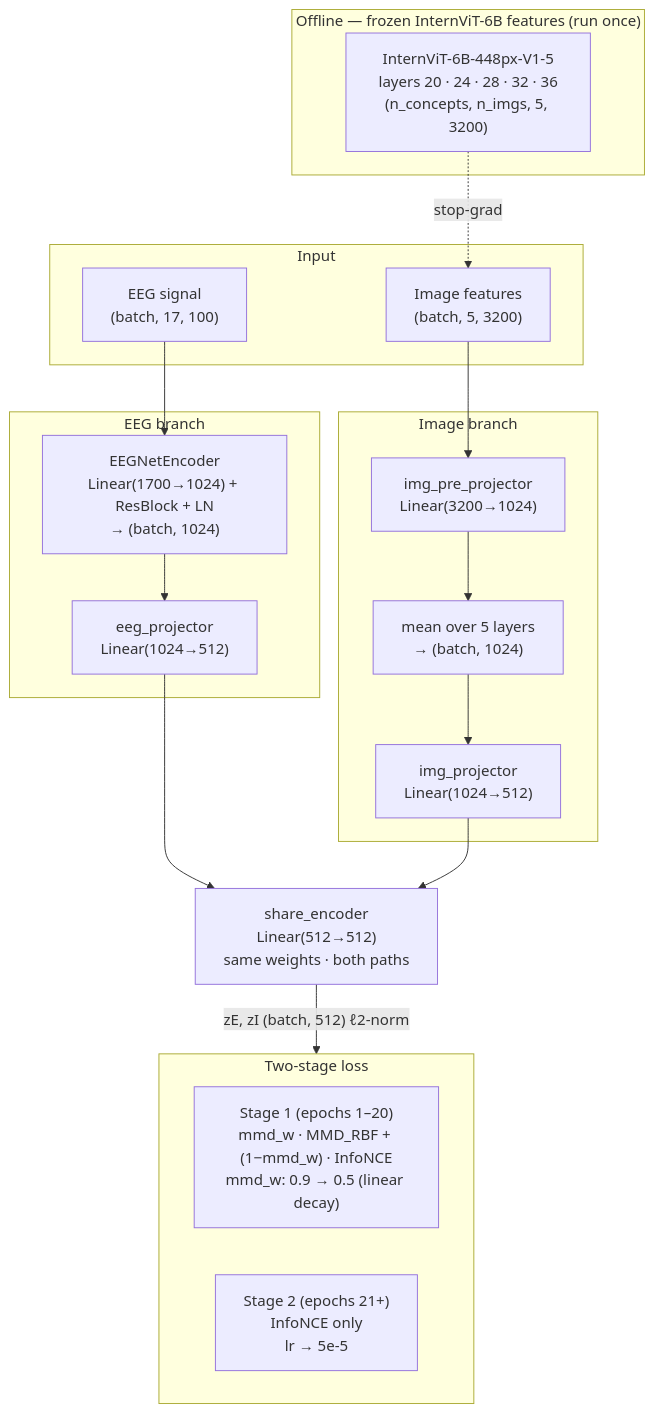
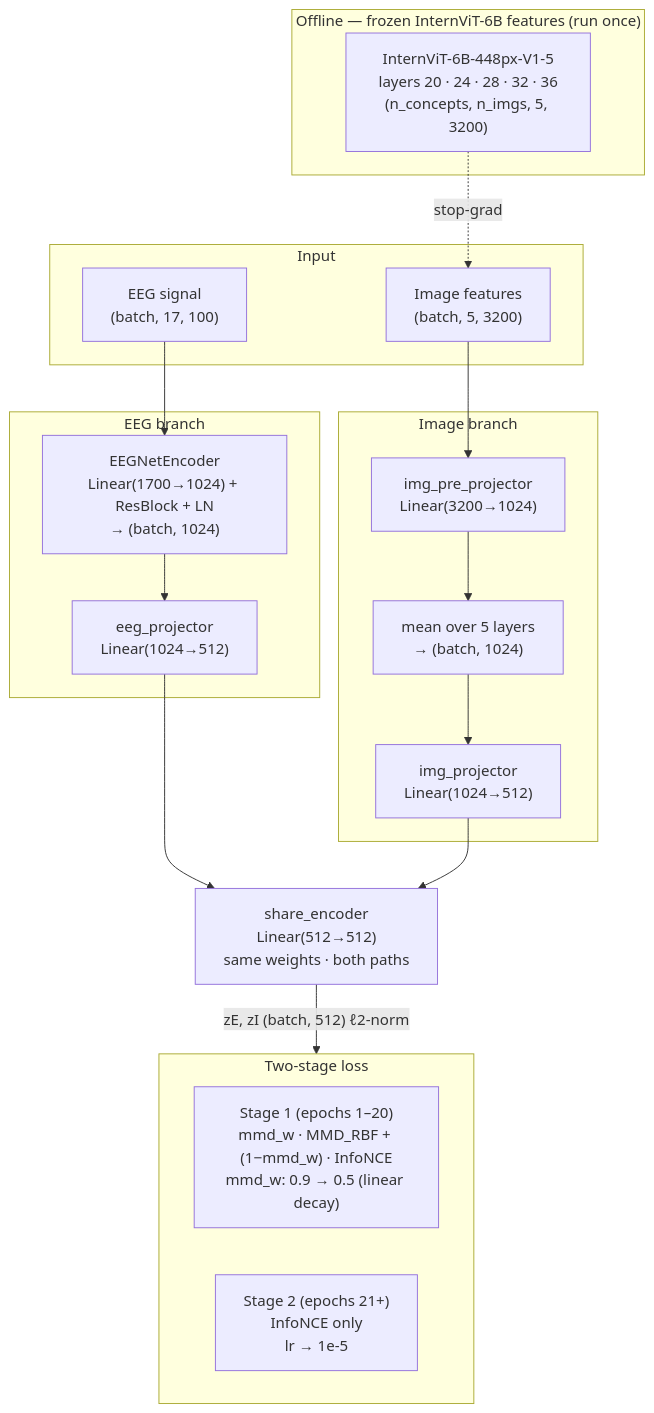
The first of 2 diagrams in README.md (RTae/SUPA-EEG), drawn with Mermaid before and after one commit.

Commit message:
Potential fix for pull request finding

````diff
--- a/README.md
+++ b/README.md
@@ -12,34 +12,34 @@
 ```mermaid
 flowchart TD
     subgraph OFFLINE["Offline — frozen InternViT-6B features (run once)"]
         IV["InternViT-6B-448px-V1-5\nlayers 20 · 24 · 28 · 32 · 36\n(n_concepts, n_imgs, 5, 3200)"]
     end
 
     subgraph INPUT["Input"]
         EEG["EEG signal\n(batch, 17, 100)"]
         IMG["Image features\n(batch, 5, 3200)"]
     end
 
     subgraph EEG_PATH["EEG branch"]
         EE["EEGNetEncoder\nLinear(1700→1024) + ResBlock + LN\n→ (batch, 1024)"]
         EP["eeg_projector\nLinear(1024→512)"]
     end
 
     subgraph IMG_PATH["Image branch"]
         IP1["img_pre_projector\nLinear(3200→1024)"]
         AVG["mean over 5 layers\n→ (batch, 1024)"]
         IP2["img_projector\nLinear(1024→512)"]
     end
 
     SE["share_encoder\nLinear(512→512)\nsame weights · both paths"]
 
     subgraph LOSS["Two-stage loss"]
         S1["Stage 1 (epochs 1–20)\nmmd_w · MMD_RBF + (1−mmd_w) · InfoNCE\nmmd_w: 0.9 → 0.5 (linear decay)"]
-        S2["Stage 2 (epochs 21+)\nInfoNCE only\nlr → 5e-5"]
+        S2["Stage 2 (epochs 21+)\nInfoNCE only\nlr → 1e-5"]
     end
 
     EEG --> EE --> EP --> SE
     IMG --> IP1 --> AVG --> IP2 --> SE
     SE -->|"zE, zI  (batch, 512) ℓ2-norm"| LOSS
     IV -.->|stop-grad| IMG
 ```
````
